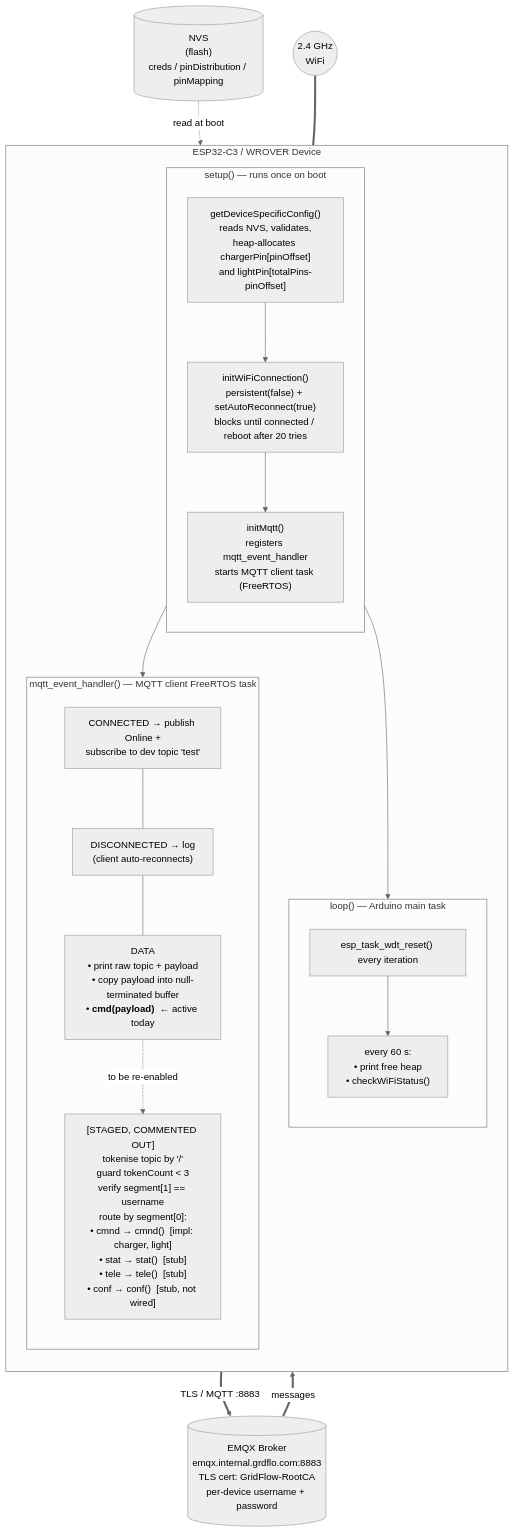
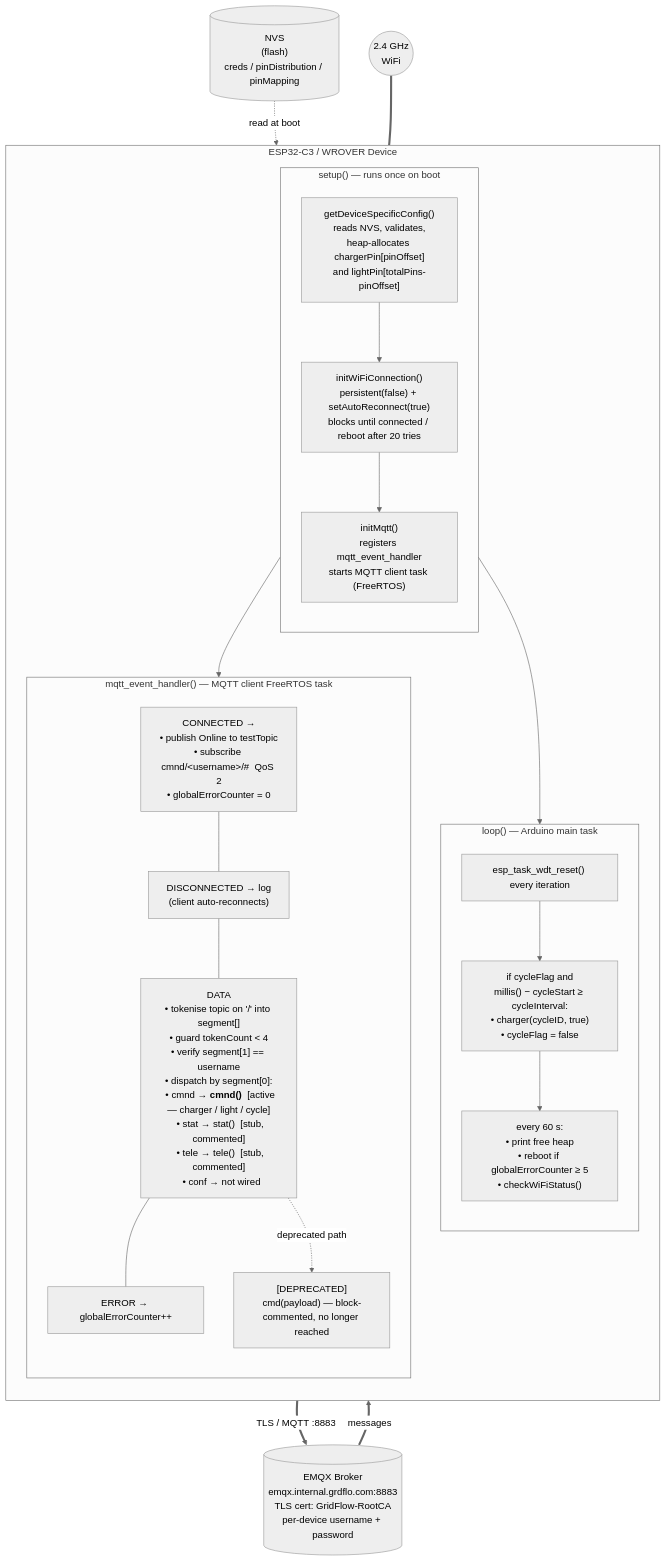
Before and after one commit to pnv28/grdflo-microcontroller: the diagram in DOCUMENTATION.md, drawn with Mermaid (neutral theme). The commit also changed other lines of this file and 8 other files, not shown here.

````diff
--- a/DOCUMENTATION.md
+++ b/DOCUMENTATION.md
@@ -762,43 +822,45 @@
 ```mermaid
 flowchart TB
     NVS[("NVS<br/>(flash)<br/>creds / pinDistribution / pinMapping")]
     WiFiNet(("2.4 GHz<br/>WiFi"))
     Broker[("EMQX Broker<br/>emqx.internal.grdflo.com:8883<br/>TLS cert: GridFlow-RootCA<br/>per-device username + password")]
 
     subgraph Device["ESP32-C3 / WROVER Device"]
         direction TB
 
         subgraph SetupCtx["setup() — runs once on boot"]
             direction TB
             cfg["getDeviceSpecificConfig()<br/>reads NVS, validates,<br/>heap-allocates chargerPin[pinOffset]<br/>and lightPin[totalPins-pinOffset]"]
             wifi["initWiFiConnection()<br/>persistent(false) + setAutoReconnect(true)<br/>blocks until connected / reboot after 20 tries"]
             mqtt["initMqtt()<br/>registers mqtt_event_handler<br/>starts MQTT client task (FreeRTOS)"]
             cfg --> wifi --> mqtt
         end
 
         subgraph LoopCtx["loop() — Arduino main task"]
             direction TB
             wdt["esp_task_wdt_reset() every iteration"]
-            interval["every 60 s:<br/>• print free heap<br/>• checkWiFiStatus()"]
-            wdt --> interval
+            cycleWatch["if cycleFlag and<br/>millis() − cycleStart ≥ cycleInterval:<br/>• charger(cycleID, true)<br/>• cycleFlag = false"]
+            interval["every 60 s:<br/>• print free heap<br/>• reboot if globalErrorCounter ≥ 5<br/>• checkWiFiStatus()"]
+            wdt --> cycleWatch --> interval
         end
 
         subgraph EvtCtx["mqtt_event_handler() — MQTT client FreeRTOS task"]
             direction TB
-            connected["CONNECTED → publish Online +<br/>subscribe to dev topic 'test'"]
+            connected["CONNECTED →<br/>• publish Online to testTopic<br/>• subscribe cmnd/&lt;username&gt;/#  QoS 2<br/>• globalErrorCounter = 0"]
             disconnected["DISCONNECTED → log<br/>(client auto-reconnects)"]
-            data["DATA<br/>• print raw topic + payload<br/>• copy payload into null-terminated buffer<br/>• <b>cmd(payload)</b> &nbsp;← active today"]
-            staged["[STAGED, COMMENTED OUT]<br/>tokenise topic by '/'<br/>guard tokenCount &lt; 3<br/>verify segment[1] == username<br/>route by segment[0]:<br/>• cmnd → cmnd() &nbsp;[impl: charger, light]<br/>• stat → stat() &nbsp;[stub]<br/>• tele → tele() &nbsp;[stub]<br/>• conf → conf() &nbsp;[stub, not wired]"]
-            connected --- disconnected --- data
-            data -. "to be re-enabled" .-> staged
+            data["DATA<br/>• tokenise topic on '/' into segment[]<br/>• guard tokenCount &lt; 4<br/>• verify segment[1] == username<br/>• dispatch by segment[0]:<br/>&nbsp;&nbsp;• cmnd → <b>cmnd()</b> &nbsp;[active — charger / light / cycle]<br/>&nbsp;&nbsp;• stat → stat() &nbsp;[stub, commented]<br/>&nbsp;&nbsp;• tele → tele() &nbsp;[stub, commented]<br/>&nbsp;&nbsp;• conf → not wired"]
+            errored["ERROR → globalErrorCounter++"]
+            legacy["[DEPRECATED]<br/>cmd(payload) — block-commented, no longer reached"]
+            connected --- disconnected --- data --- errored
+            data -. "deprecated path" .-> legacy
         end
 
         SetupCtx --> LoopCtx
         SetupCtx --> EvtCtx
     end
 
     NVS -. read at boot .-> cfg
     WiFiNet === wifi
     mqtt == "TLS / MQTT&nbsp;:8883" ==> Broker
     Broker == "messages" ==> data
 ```
````
